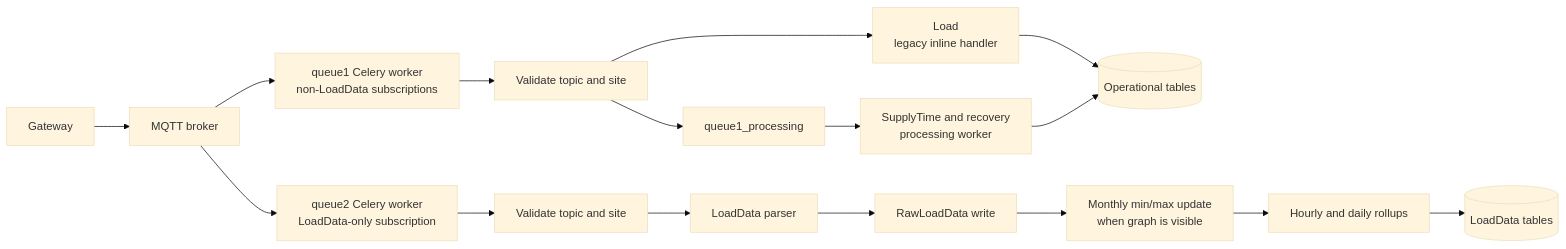
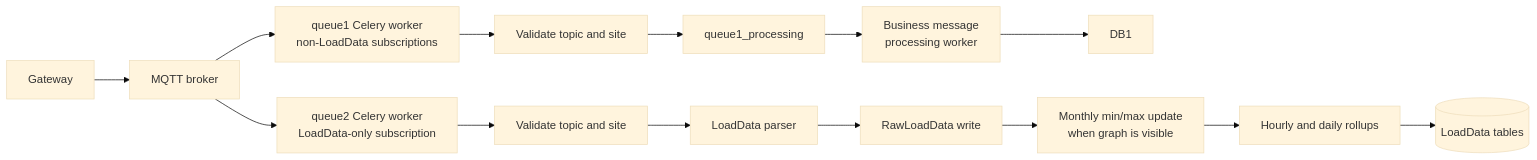
One commit to ashutoshdubey-aviconn/AVC-backend changed the diagram in MQTT_LOAD_DATA_OPTIMIZATION_COMPLETE.md. Above: the diagram before and after it, drawn with Mermaid (base theme). The commit also changed other lines of this file, not shown here.

````diff
--- a/MQTT_LOAD_DATA_OPTIMIZATION_COMPLETE.md
+++ b/MQTT_LOAD_DATA_OPTIMIZATION_COMPLETE.md
@@ -32,20 +32,18 @@
 ```mermaid
 flowchart LR
     G[Gateway] --> B[MQTT broker]
     B --> Q1[queue1 Celery worker\nnon-LoadData subscriptions]
     B --> Q2[queue2 Celery worker\nLoadData-only subscription]
 
     Q1 --> T1[Validate topic and site]
-    T1 --> C1[Load\nlegacy inline handler]
-    C1 --> DB1[(Operational tables)]
     T1 --> P1[queue1_processing]
-    P1 --> S1[SupplyTime and recovery\nprocessing worker]
+    P1 --> S1[Business message\nprocessing worker]
     S1 --> DB1
 
     Q2 --> T2[Validate topic and site]
     T2 --> P[LoadData parser]
     P --> R[RawLoadData write]
     R --> M[Monthly min/max update\nwhen graph is visible]
     M --> U[Hourly and daily rollups]
     U --> DB2[(LoadData tables)]
 ```
````
